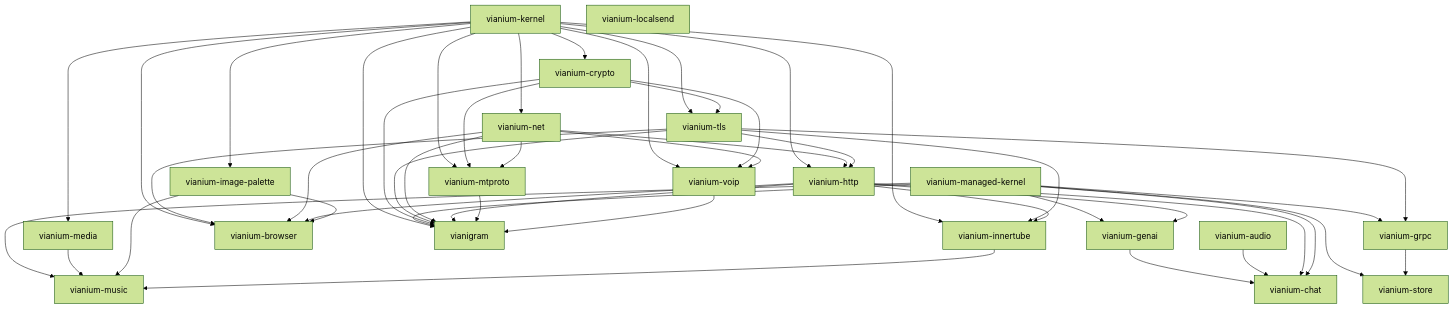
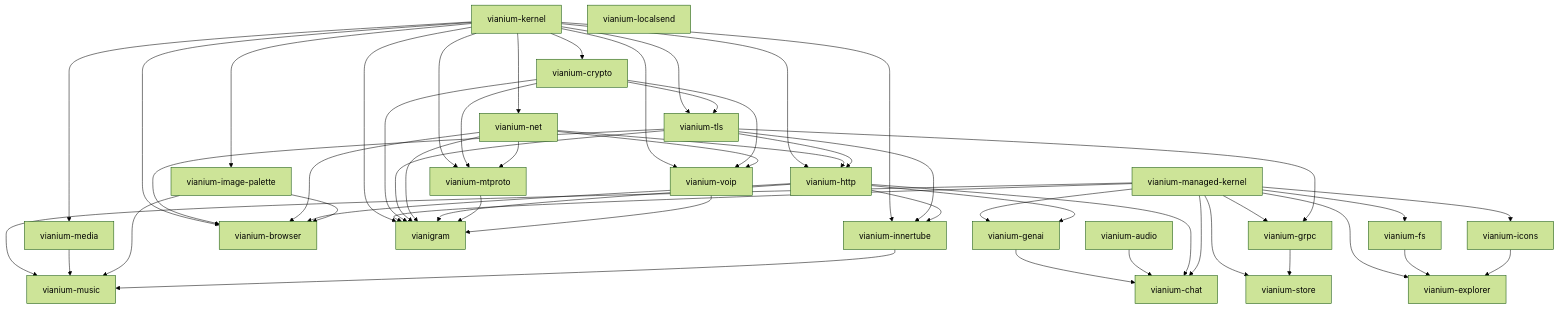
The diagram in architecture-overview.md (vianium/vianium-docs), drawn with Mermaid (forest theme) before and after one commit. The commit also changed other lines of this file and 7 other files, not shown here.

````diff
--- a/architecture-overview.md
+++ b/architecture-overview.md
@@ -83,6 +86,9 @@
     audio["vianium-audio"]
     genai["vianium-genai"]
     chat["vianium-chat"]
+    fs["vianium-fs"]
+    icons["vianium-icons"]
+    explorer["vianium-explorer"]
 
     kernel --> crypto
     kernel --> tls
@@ -139,4 +145,11 @@
     audio --> chat
     http --> chat
     mkernel --> chat
+
+    mkernel --> fs
+    mkernel --> icons
+
+    mkernel --> explorer
+    fs --> explorer
+    icons --> explorer
 ```
````
